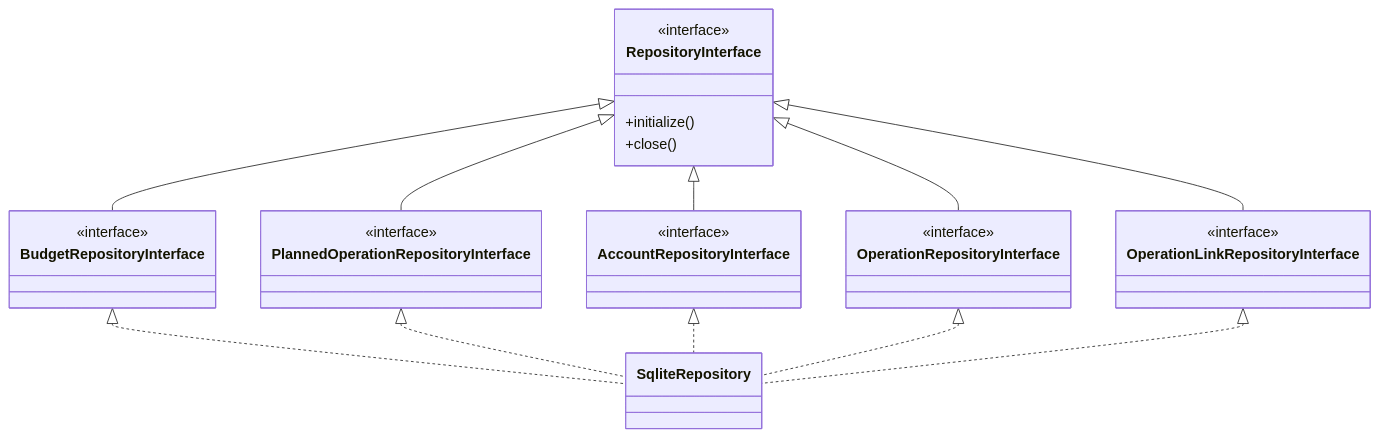
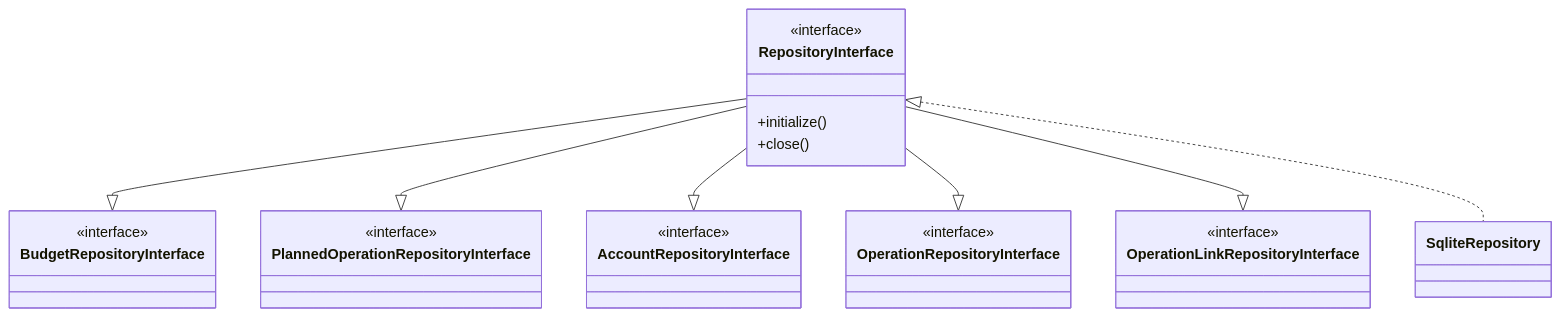
The seventh of 10 diagrams in docs/dev/architecture.md (corentin-core/budget-forecaster), drawn with Mermaid before and after one commit.

Commit message:
docs: fix repository interfaces diagram inheritance direction
RepositoryInterface inherits from specific interfaces (facade pattern),
not the other way around.

````diff
--- a/docs/dev/architecture.md
+++ b/docs/dev/architecture.md
@@ -378,41 +378,37 @@
 ```mermaid
 classDiagram
     class RepositoryInterface {
         <<interface>>
         +initialize()
         +close()
     }
 
     class BudgetRepositoryInterface {
         <<interface>>
     }
 
     class PlannedOperationRepositoryInterface {
         <<interface>>
     }
 
     class AccountRepositoryInterface {
         <<interface>>
     }
 
     class OperationRepositoryInterface {
         <<interface>>
     }
 
     class OperationLinkRepositoryInterface {
         <<interface>>
     }
 
     class SqliteRepository
 
-    RepositoryInterface <|-- BudgetRepositoryInterface
-    RepositoryInterface <|-- PlannedOperationRepositoryInterface
-    RepositoryInterface <|-- AccountRepositoryInterface
-    RepositoryInterface <|-- OperationRepositoryInterface
-    RepositoryInterface <|-- OperationLinkRepositoryInterface
-    BudgetRepositoryInterface <|.. SqliteRepository
-    PlannedOperationRepositoryInterface <|.. SqliteRepository
-    AccountRepositoryInterface <|.. SqliteRepository
-    OperationRepositoryInterface <|.. SqliteRepository
-    OperationLinkRepositoryInterface <|.. SqliteRepository
+    RepositoryInterface --|> BudgetRepositoryInterface
+    RepositoryInterface --|> PlannedOperationRepositoryInterface
+    RepositoryInterface --|> AccountRepositoryInterface
+    RepositoryInterface --|> OperationRepositoryInterface
+    RepositoryInterface --|> OperationLinkRepositoryInterface
+    RepositoryInterface <|.. SqliteRepository
 ```
````
